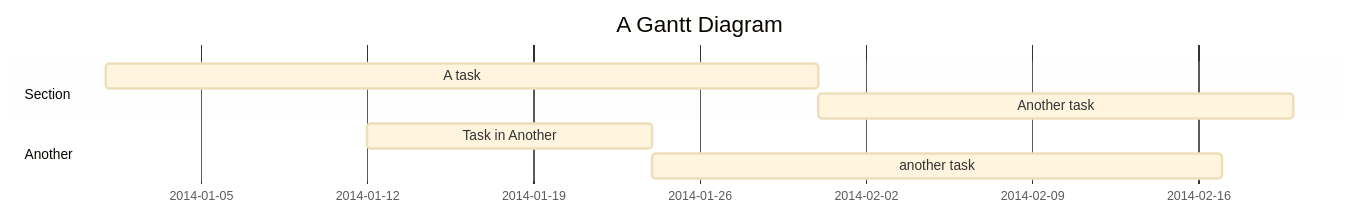
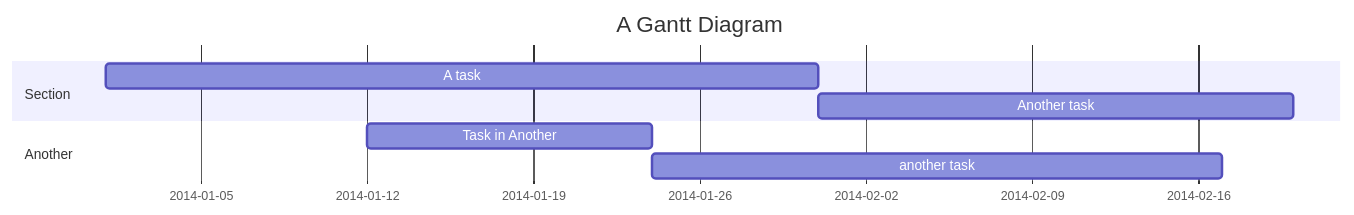
Before and after one commit to TanukiMa/tanukima.github.io: the second of 3 diagrams in posts/2024/09/07.qmd, drawn with Mermaid. The commit also changed other lines of this file and 3 other files, not shown here.

````diff
--- a/posts/2024/09/07.qmd
+++ b/posts/2024/09/07.qmd
@@ -44,12 +43,11 @@
 ```{mermaid}
-%%{init:{'theme':'base'}}%%
 gantt
     title A Gantt Diagram
     dateFormat YYYY-MM-DD
     section Section
         A task          :a1, 2014-01-01, 30d
         Another task    :after a1, 20d
     section Another
         Task in Another :2014-01-12, 12d
         another task    :24d
 ```
````
